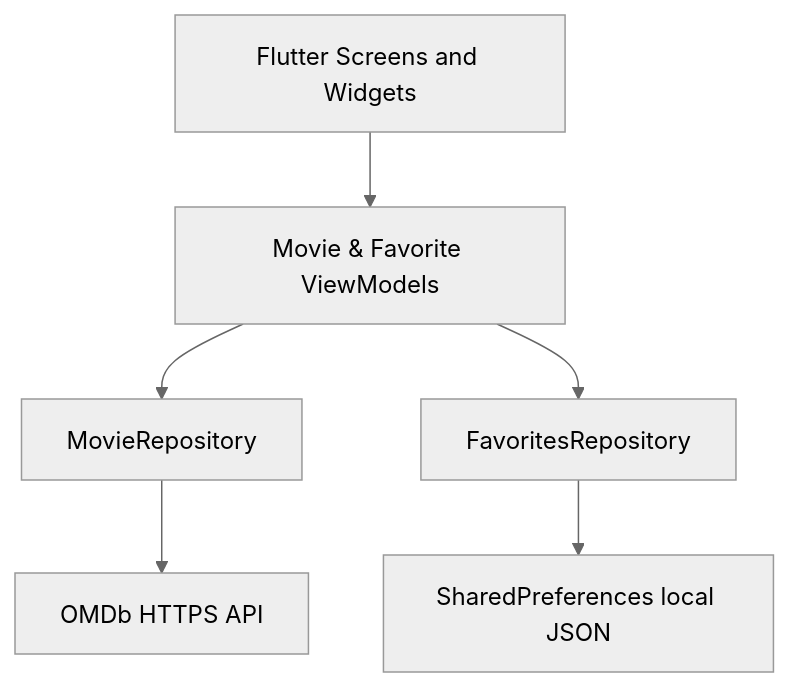
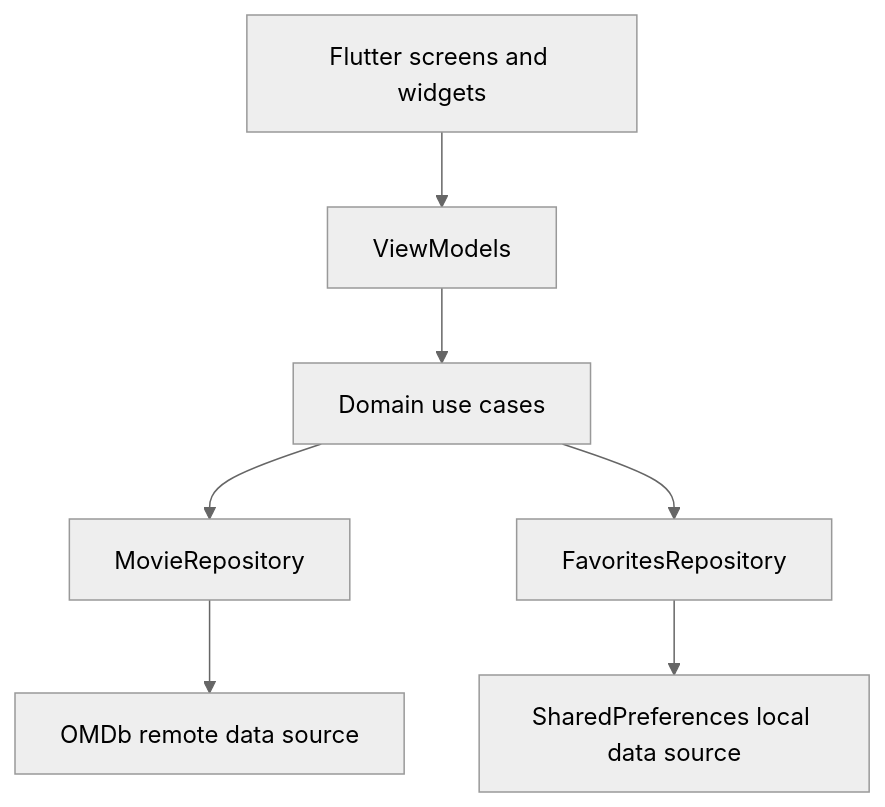
Before and after one commit to rikoarik/movie-muse: the diagram in docs/ARCHITECTURE.md, drawn with Mermaid (neutral theme). The commit also changed other lines of this file and 11 other files, not shown here.

````diff
--- a/docs/ARCHITECTURE.md
+++ b/docs/ARCHITECTURE.md
@@ -9,8 +9,9 @@
 ```mermaid
 flowchart TD
-    UI[Flutter Screens and Widgets] --> VM[Movie & Favorite ViewModels]
-    VM --> MR[MovieRepository]
-    VM --> FR[FavoritesRepository]
-    MR --> OM[OMDb HTTPS API]
-    FR --> SP[SharedPreferences local JSON]
+    UI[Flutter screens and widgets] --> VM[ViewModels]
+    VM --> UC[Domain use cases]
+    UC --> MR[MovieRepository]
+    UC --> FR[FavoritesRepository]
+    MR --> OM[OMDb remote data source]
+    FR --> SP[SharedPreferences local data source]
 ```
````
